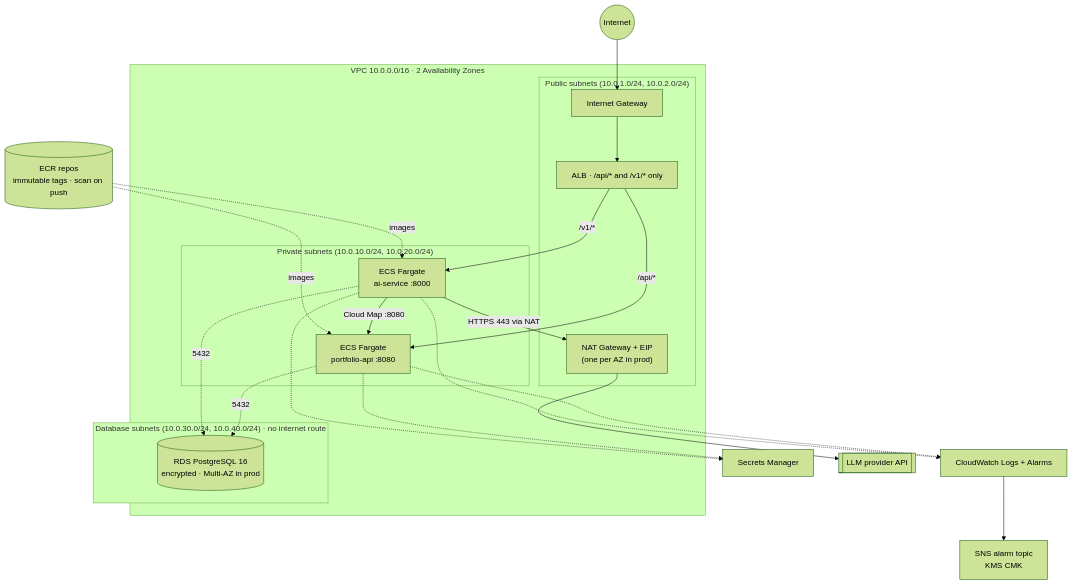
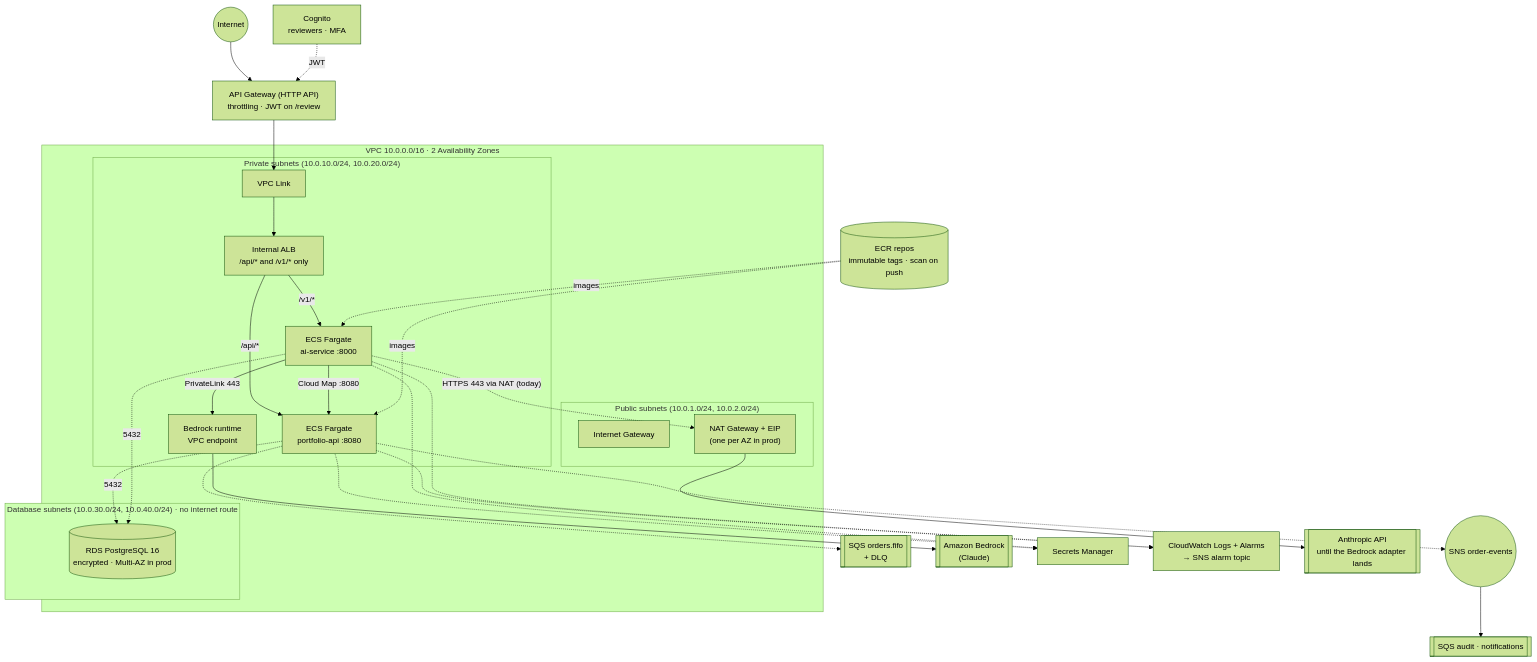
The fifth of 22 diagrams in docs/diagrams/README.md (ggonzalez36/AI-Advisor), drawn with Mermaid before and after one commit. The commit also changed other lines of this file and 35 other files, not shown here.

````diff
--- a/docs/diagrams/README.md
+++ b/docs/diagrams/README.md
@@ -256,35 +257,47 @@
 ```mermaid
 %%{init: {"theme": "forest"}}%%
 flowchart TB
     Internet((Internet))
+    APIGW["API Gateway (HTTP API)<br/>throttling · JWT on /review"]
+    COG[Cognito<br/>reviewers · MFA]
 
     subgraph VPC ["VPC 10.0.0.0/16 · 2 Availability Zones"]
         subgraph Public ["Public subnets (10.0.1.0/24, 10.0.2.0/24)"]
             IGW[Internet Gateway]
             NAT["NAT Gateway + EIP<br/>(one per AZ in prod)"]
-            ALB["ALB · /api/* and /v1/* only"]
         end
         subgraph Private ["Private subnets (10.0.10.0/24, 10.0.20.0/24)"]
+            LINK[VPC Link]
+            ALB["Internal ALB<br/>/api/* and /v1/* only"]
             GO[ECS Fargate<br/>portfolio-api :8080]
             AI[ECS Fargate<br/>ai-service :8000]
+            VPCE["Bedrock runtime<br/>VPC endpoint"]
         end
         subgraph Data ["Database subnets (10.0.30.0/24, 10.0.40.0/24) · no internet route"]
             RDS[(RDS PostgreSQL 16<br/>encrypted · Multi-AZ in prod)]
         end
     end
 
+    SQS[["SQS orders.fifo<br/>+ DLQ"]]
+    SNS(("SNS order-events"))
+    SUBS[["SQS audit · notifications"]]
+    BEDROCK[["Amazon Bedrock<br/>(Claude)"]]
     ECR[(ECR repos<br/>immutable tags · scan on push)]
     SM[Secrets Manager]
-    CW[CloudWatch Logs + Alarms]
-    SNS[SNS alarm topic<br/>KMS CMK]
-    LLM[[LLM provider API]]
+    CW[CloudWatch Logs + Alarms<br/>→ SNS alarm topic]
+    LLM[[Anthropic API<br/>until the Bedrock adapter lands]]
 
-    Internet --> IGW --> ALB -->|/api/*| GO
+    Internet --> APIGW --> LINK --> ALB
+    COG -.->|JWT| APIGW
+    ALB -->|/api/*| GO
     ALB -->|/v1/*| AI
     AI -->|Cloud Map :8080| GO
-    AI -->|HTTPS 443 via NAT| NAT --> LLM
+    AI -->|PrivateLink 443| VPCE --> BEDROCK
+    AI -.->|"HTTPS 443 via NAT (today)"| NAT --> LLM
     GO & AI -.->|5432| RDS
+    GO -.-> SQS
+    GO -.-> SNS --> SUBS
     GO & AI -.-> SM
-    GO & AI -.-> CW --> SNS
+    GO & AI -.-> CW
     ECR -.->|images| GO & AI
 ```
````
